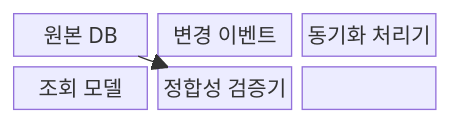
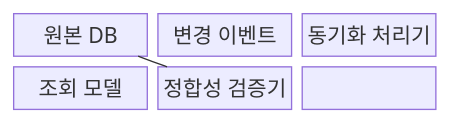
Before and after one commit to agnusdei1207/knowledge-base: the first of 2 diagrams in src/content/docs/notes/03-software/090_denormalization.md, drawn with Mermaid. The commit also changed other lines of this file and 493 other files, not shown here.

````diff
--- a/src/content/docs/notes/03-software/090_denormalization.md
+++ b/src/content/docs/notes/03-software/090_denormalization.md
@@ -69,11 +69,11 @@
 ```mermaid
-block
+block-beta
   columns 3
   DB["원본 DB"]
   E["변경 이벤트"]
   S["동기화 처리기"]
   R["조회 모델"]
   V["정합성 검증기"]
-  DB --> E --> S --> R --> V
-  DB --> V
+  DB --- E --- S --- R --- V
+  DB --- V
 ```
````
